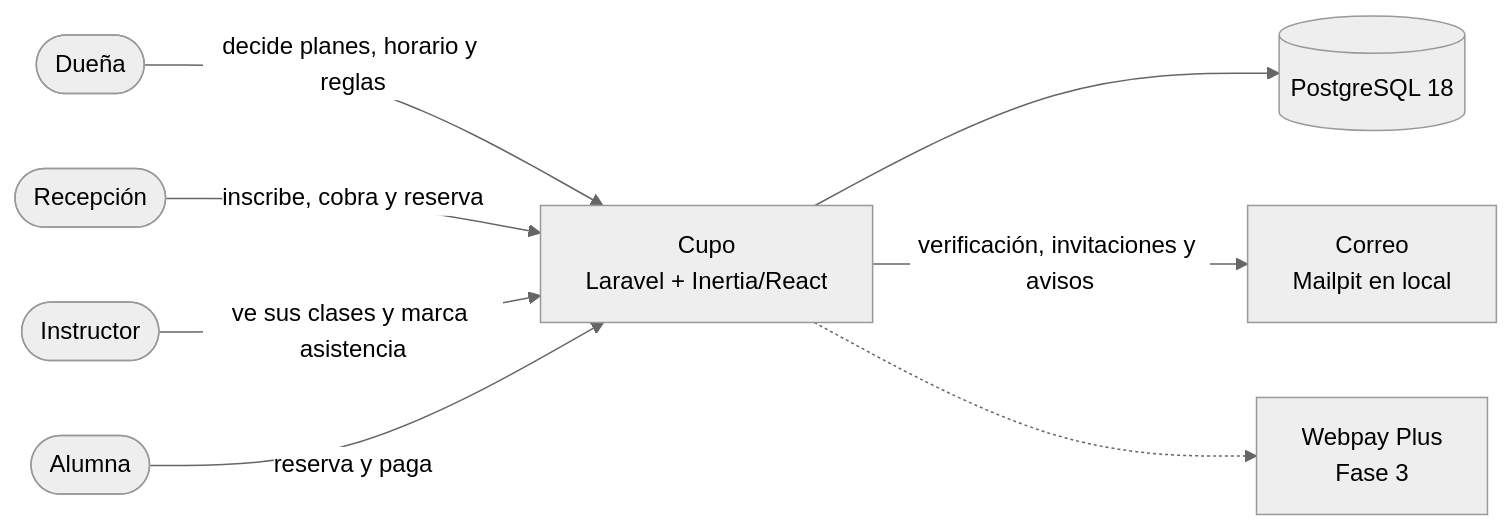
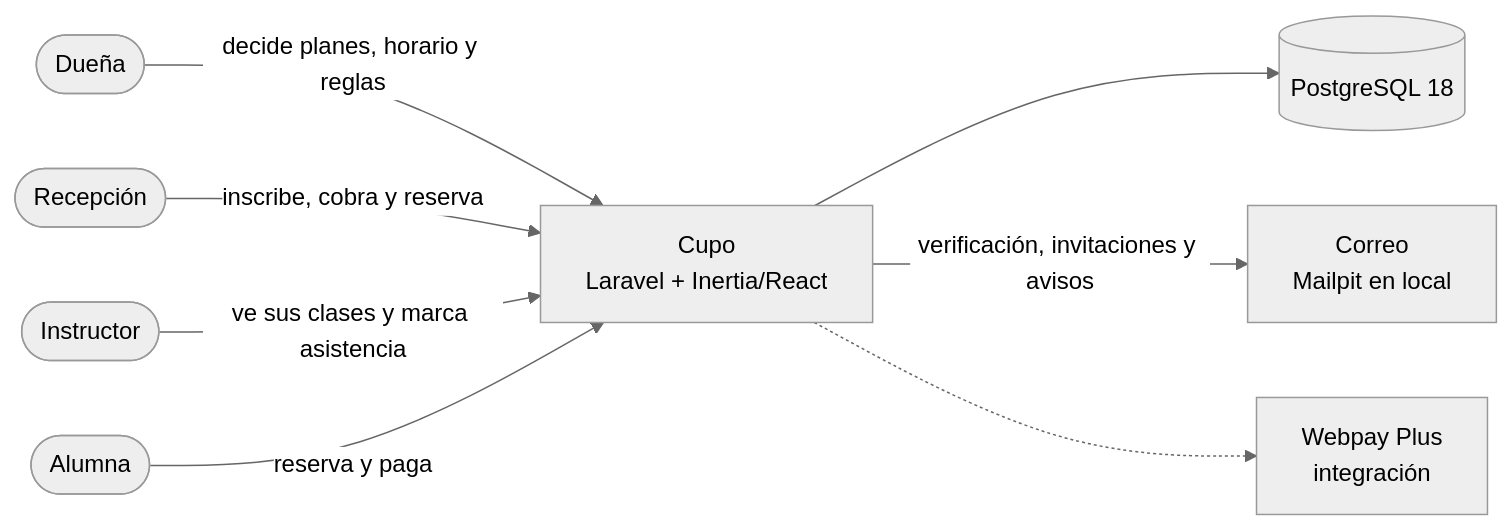
Before and after one commit to eduardoapatat/cupo-app: the first of 2 diagrams in docs/architecture.md, drawn with Mermaid (neutral theme). The commit also changed other lines of this file and 42 other files, not shown here.

First line of the commit message:
feat(payments): pagar un plan con Webpay Plus en sandbox

````diff
--- a/docs/architecture.md
+++ b/docs/architecture.md
@@ -9,19 +9,19 @@
 ```mermaid
 flowchart LR
     duena([Dueña])
     recepcion([Recepción])
     instructor([Instructor])
     alumna([Alumna])
     app[Cupo<br/>Laravel + Inertia/React]
     db[(PostgreSQL 18)]
     mail[Correo<br/>Mailpit en local]
-    webpay[Webpay Plus<br/>Fase 3]
+    webpay[Webpay Plus<br/>integración]
 
     duena -- decide planes, horario y reglas --> app
     recepcion -- inscribe, cobra y reserva --> app
     instructor -- ve sus clases y marca asistencia --> app
     alumna -- reserva y paga --> app
     app --> db
     app -- verificación, invitaciones y avisos --> mail
     app -.-> webpay
 ```
````
